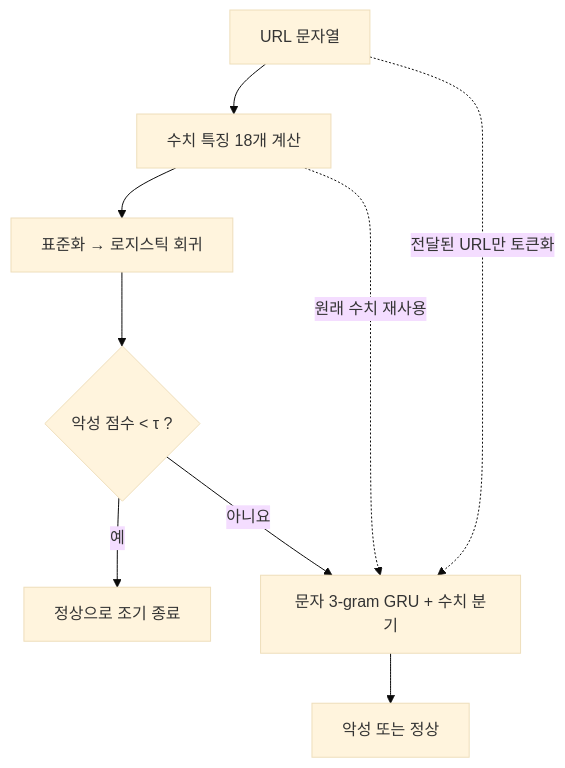
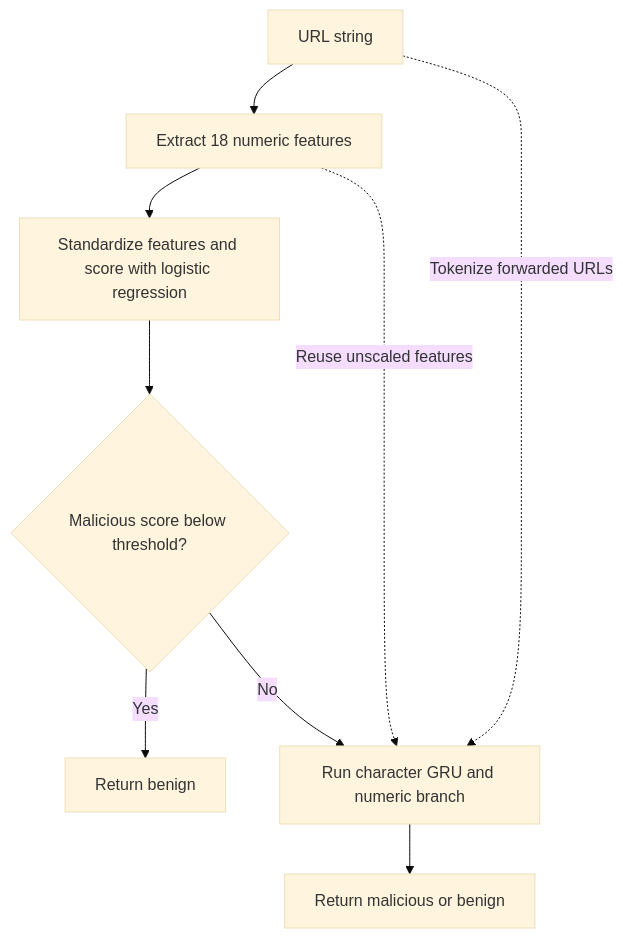
Before and after one commit to andrew427dev/malicious-url-cascade: the diagram in README.md, drawn with Mermaid (base theme). The commit also changed other lines of this file and 8 other files, not shown here.

````diff
--- a/README.md
+++ b/README.md
@@ -9,11 +9,11 @@
 ```mermaid
 flowchart TD
-    U["URL 문자열"] --> F["수치 특징 18개 계산"]
-    F --> T1["표준화 → 로지스틱 회귀"]
-    T1 --> G{"악성 점수 < τ ?"}
-    G -->|예| N["정상으로 조기 종료"]
-    G -->|아니요| T2["문자 3-gram GRU + 수치 분기"]
-    U -. "전달된 URL만 토큰화" .-> T2
-    F -. "원래 수치 재사용" .-> T2
-    T2 --> R["악성 또는 정상"]
+    U["URL string"] --> F["Extract 18 numeric features"]
+    F --> T1["Standardize features and score with logistic regression"]
+    T1 --> G{"Malicious score below threshold?"}
+    G -->|Yes| N["Return benign"]
+    G -->|No| T2["Run character GRU and numeric branch"]
+    U -. "Tokenize forwarded URLs" .-> T2
+    F -. "Reuse unscaled features" .-> T2
+    T2 --> R["Return malicious or benign"]
 ```
````
